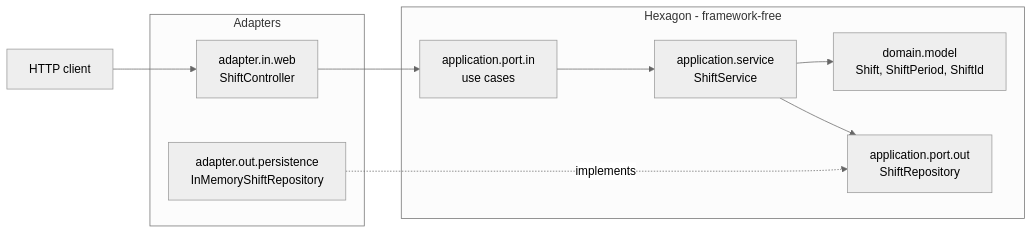
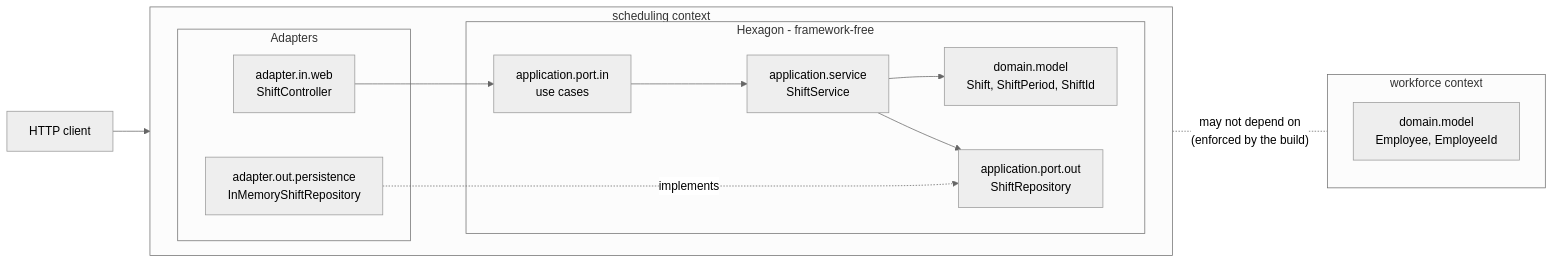
One commit to NaimElijah/HrSched changed the diagram in README.md. Above: the diagram before and after it, drawn with Mermaid (neutral theme). The commit also changed other lines of this file and 37 other files, not shown here.

````diff
--- a/README.md
+++ b/README.md
@@ -153,23 +157,31 @@
 ```mermaid
 flowchart LR
     client[HTTP client]
 
-    subgraph adapters [Adapters]
-        web["adapter.in.web<br/>ShiftController"]
-        store["adapter.out.persistence<br/>InMemoryShiftRepository"]
+    subgraph scheduling [scheduling context]
+        direction LR
+        subgraph adapters [Adapters]
+            web["adapter.in.web<br/>ShiftController"]
+            store["adapter.out.persistence<br/>InMemoryShiftRepository"]
+        end
+        subgraph hexagon [Hexagon - framework-free]
+            portIn["application.port.in<br/>use cases"]
+            service["application.service<br/>ShiftService"]
+            portOut["application.port.out<br/>ShiftRepository"]
+            domain["domain.model<br/>Shift, ShiftPeriod, ShiftId"]
+        end
     end
 
-    subgraph hexagon [Hexagon - framework-free]
-        portIn["application.port.in<br/>use cases"]
-        service["application.service<br/>ShiftService"]
-        portOut["application.port.out<br/>ShiftRepository"]
-        domain["domain.model<br/>Shift, ShiftPeriod, ShiftId"]
+    subgraph workforce [workforce context]
+        wfDomain["domain.model<br/>Employee, EmployeeId"]
     end
 
     client --> web
     web --> portIn
     portIn --> service
     service --> domain
     service --> portOut
     store -.implements.-> portOut
+
+    scheduling -. "may not depend on<br/>(enforced by the build)" .- workforce
 ```
````
